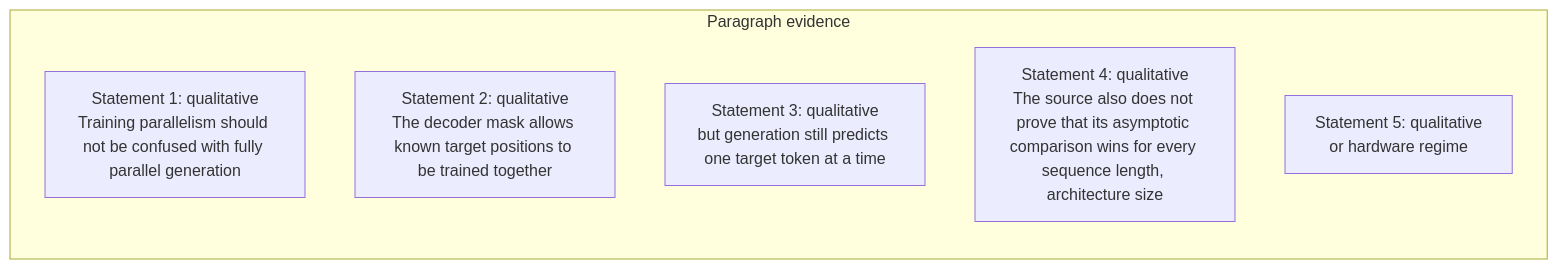
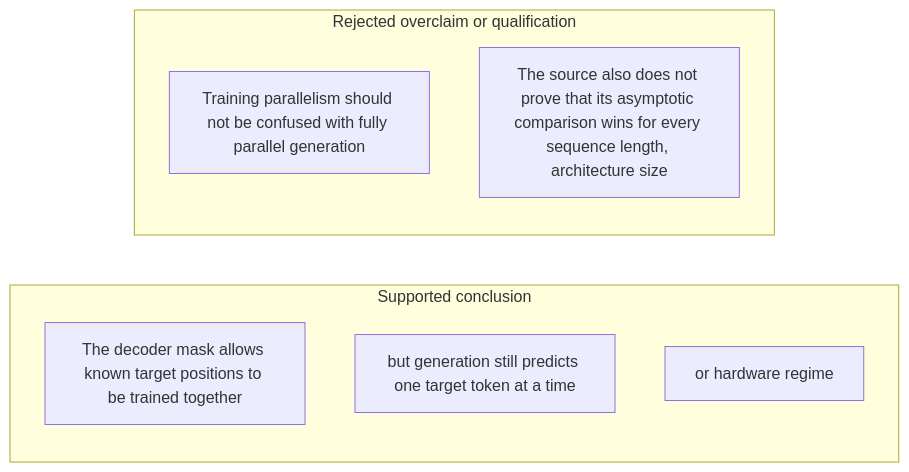
Before and after one commit to Betancourt1/paper_atlas: diagram 49 of 54 in docs/visual-manifests/VISUAL_MANIFEST_ATTENTION_IS_ALL_YOU_NEED.md, drawn with Mermaid. The commit also changed other lines of this file and 7 other files, not shown here.

````diff
--- a/docs/visual-manifests/VISUAL_MANIFEST_ATTENTION_IS_ALL_YOU_NEED.md
+++ b/docs/visual-manifests/VISUAL_MANIFEST_ATTENTION_IS_ALL_YOU_NEED.md
@@ -3947,10 +3989,12 @@
 ```mermaid
 flowchart LR
-  subgraph p1["Paragraph evidence"]
-    p1r1["Statement 1: qualitative<br/>Training parallelism should not be confused with fully parallel generation"]
-    p1r2["Statement 2: qualitative<br/>The decoder mask allows known target positions to be trained together"]
-    p1r3["Statement 3: qualitative<br/>but generation still predicts one target token at a time"]
-    p1r4["Statement 4: qualitative<br/>The source also does not prove that its asymptotic comparison wins for every sequence length, architecture size"]
-    p1r5["Statement 5: qualitative<br/>or hardware regime"]
+  subgraph g1["Supported conclusion"]
+    g1i1["The decoder mask allows known target positions to be trained together"]
+    g1i2["but generation still predicts one target token at a time"]
+    g1i3["or hardware regime"]
+  end
+  subgraph g2["Rejected overclaim or qualification"]
+    g2i1["Training parallelism should not be confused with fully parallel generation"]
+    g2i2["The source also does not prove that its asymptotic comparison wins for every sequence length, architecture size"]
   end
 ```
````
